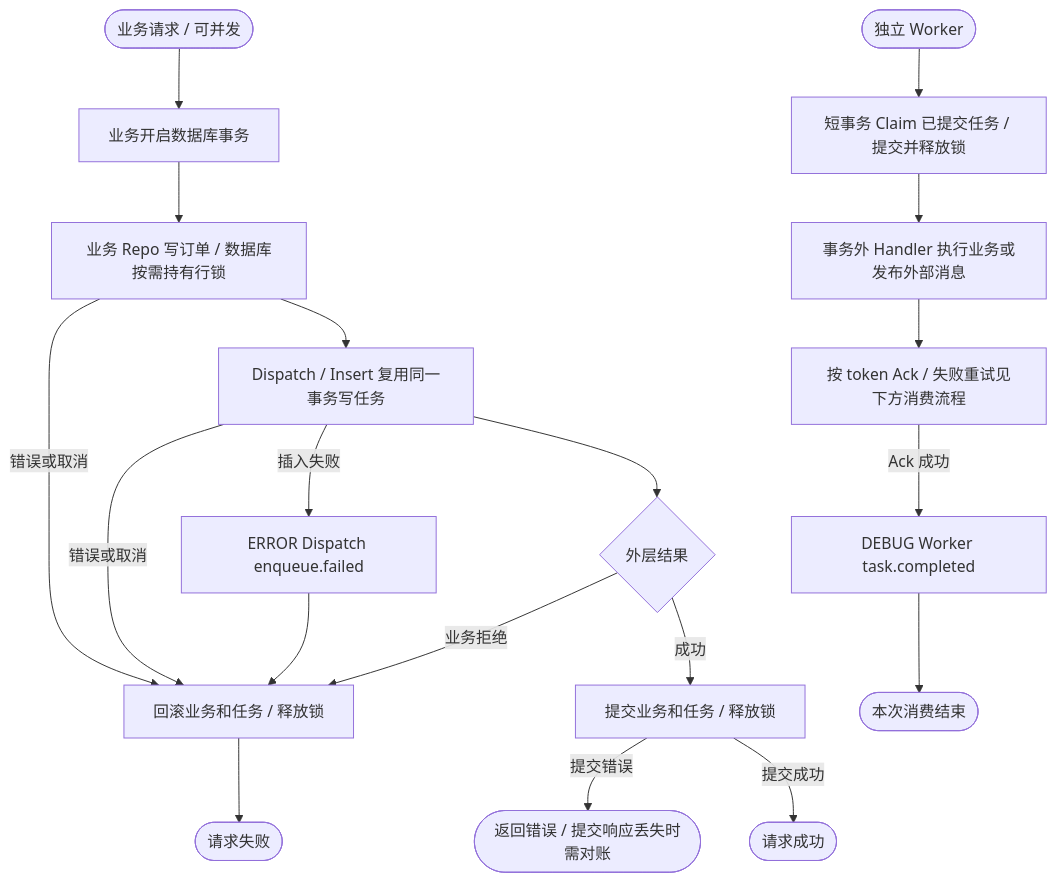
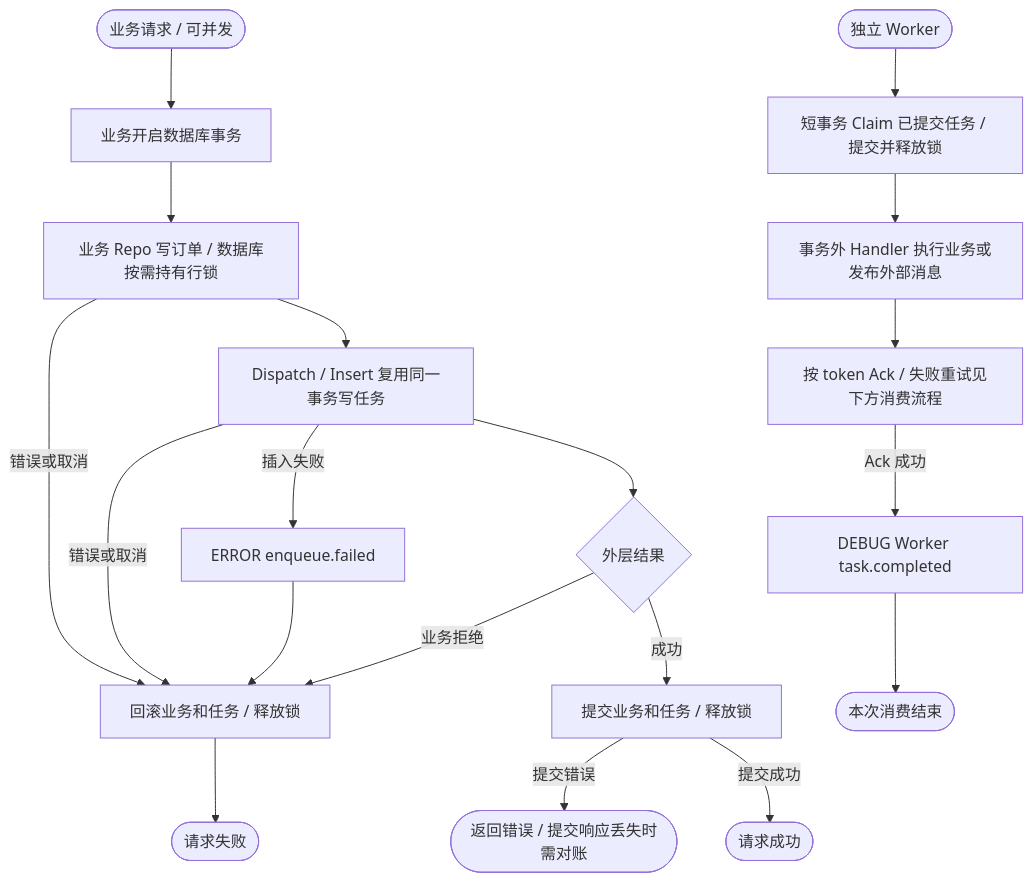
One commit to jaggerzhuang1994/kratos-foundation changed the first of 2 diagrams in contrib/queue/database/README.md. Above: the diagram before and after it, drawn with Mermaid. The commit also changed other lines of this file and 51 other files, not shown here.

````diff
--- a/contrib/queue/database/README.md
+++ b/contrib/queue/database/README.md
@@ -88,20 +86,20 @@
 ```mermaid
 flowchart TD
     A([业务请求 / 可并发]) --> B[业务开启数据库事务]
     B --> C[业务 Repo 写订单 / 数据库按需持有行锁]
     C --> D[Dispatch / Insert 复用同一事务写任务]
     D --> E{外层结果}
     C & D -- 错误或取消 --> R[回滚业务和任务 / 释放锁]
-    D -- 插入失败 --> L[ERROR Dispatch enqueue.failed]
+    D -- 插入失败 --> L[ERROR enqueue.failed]
     L --> R
     E -- 业务拒绝 --> R
     E -- 成功 --> F[提交业务和任务 / 释放锁]
     F -- 提交错误 --> U([返回错误 / 提交响应丢失时需对账])
     F -- 提交成功 --> G([请求成功])
     R --> H([请求失败])
     W([独立 Worker]) --> X[短事务 Claim 已提交任务 / 提交并释放锁]
     X --> Y[事务外 Handler 执行业务或发布外部消息]
     Y --> Z[按 token Ack / 失败重试见下方消费流程]
     Z -- Ack 成功 --> O[DEBUG Worker task.completed]
     O --> Q([本次消费结束])
 ```
````
